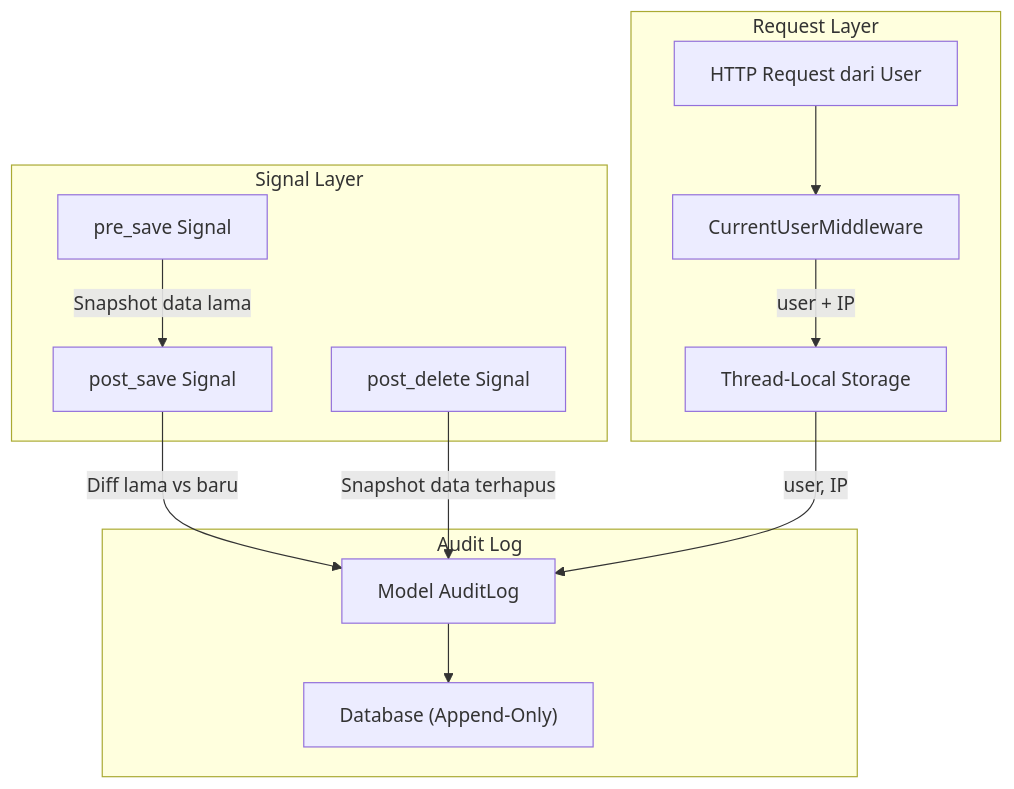
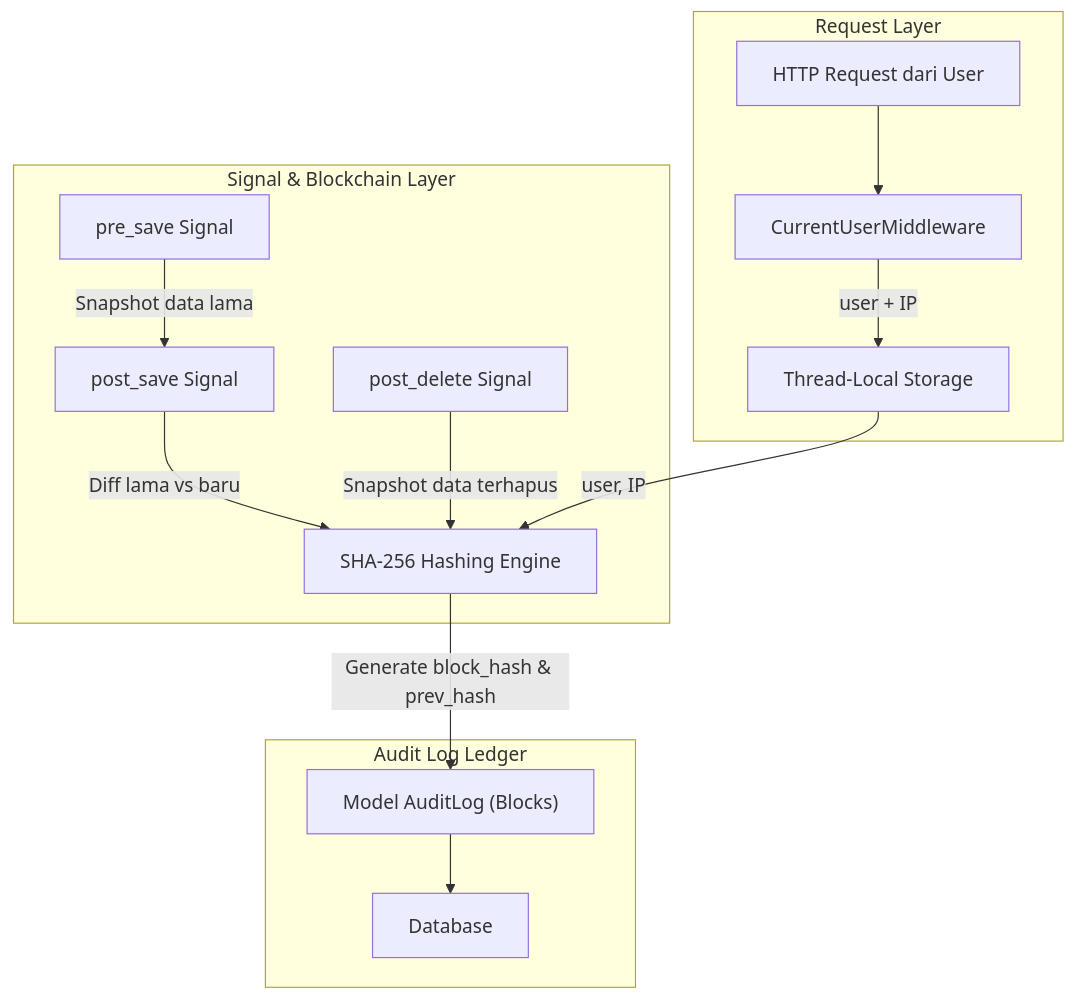
The seventh of 7 diagrams in README.md (bmmcargo/dashboard-accountant), drawn with Mermaid before and after one commit. The commit also changed other lines of this file and 16 other files, not shown here.

First line of the commit message:
feat: implement blockchain explorer with audit trail verification

````diff
--- a/README.md
+++ b/README.md
@@ -561,28 +571,30 @@
 ```mermaid
 graph TB
     subgraph "Request Layer"
         REQ["HTTP Request dari User"]
         MW["CurrentUserMiddleware"]
         TL["Thread-Local Storage"]
     end
 
-    subgraph "Signal Layer"
+    subgraph "Signal & Blockchain Layer"
         PRE["pre_save Signal"]
         POST["post_save Signal"]
         DEL["post_delete Signal"]
+        HASH["SHA-256 Hashing Engine"]
     end
 
-    subgraph "Audit Log"
-        AL["Model AuditLog"]
-        DB["Database (Append-Only)"]
+    subgraph "Audit Log Ledger"
+        AL["Model AuditLog (Blocks)"]
+        DB["Database"]
     end
 
     REQ --> MW
     MW -->|"user + IP"| TL
 
     PRE -->|"Snapshot data lama"| POST
-    POST -->|"Diff lama vs baru"| AL
-    DEL -->|"Snapshot data terhapus"| AL
-    TL -->|"user, IP"| AL
+    POST -->|"Diff lama vs baru"| HASH
+    DEL -->|"Snapshot data terhapus"| HASH
+    TL -->|"user, IP"| HASH
+    HASH -->|"Generate block_hash & prev_hash"| AL
     AL --> DB
 ```
````
